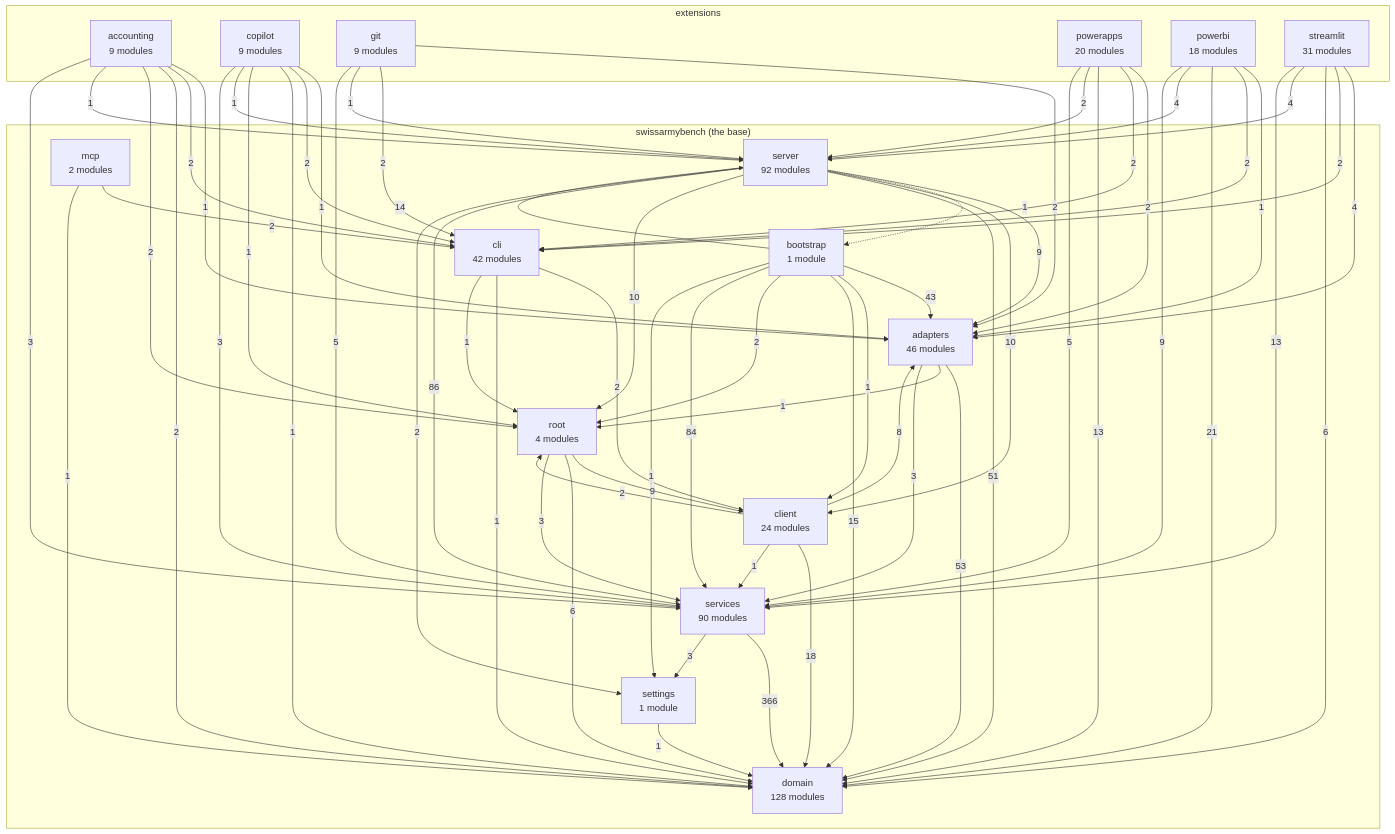
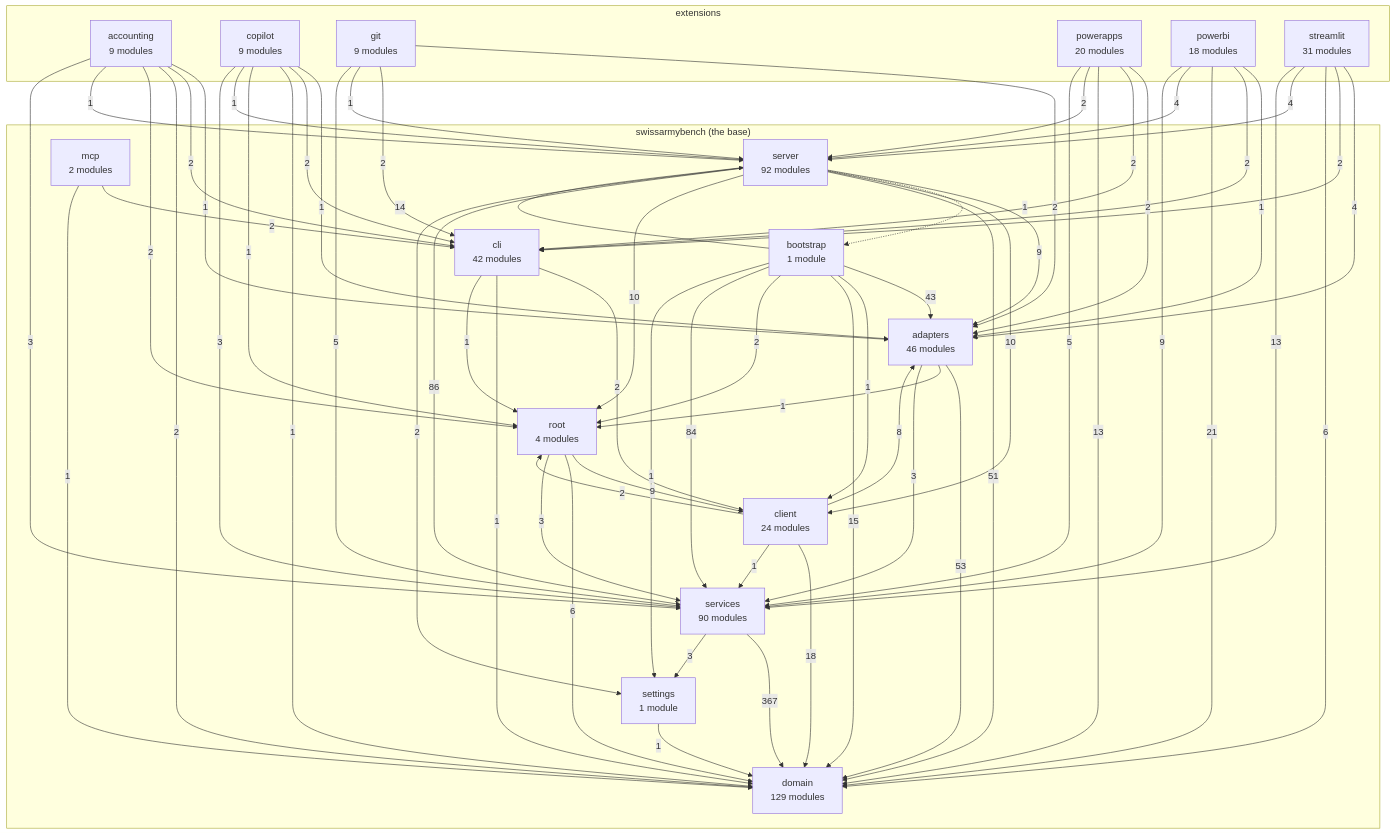
The diagram in docs/architecture-map.md (DylanCodyBrown/SwissArmyBench), drawn with Mermaid before and after one commit. The commit also changed other lines of this file and 14 other files, not shown here.

````diff
--- a/docs/architecture-map.md
+++ b/docs/architecture-map.md
@@ -17,7 +17,7 @@
 ```mermaid
 flowchart TB
     subgraph base["swissarmybench (the base)"]
-        domain["domain<br/>128 modules"]
+        domain["domain<br/>129 modules"]
         settings["settings<br/>1 module"]
         services["services<br/>90 modules"]
         adapters["adapters<br/>46 modules"]
@@ -96,7 +96,7 @@
     server -->|10| root
     server -->|86| services
     server -->|2| settings
-    services -->|366| domain
+    services -->|367| domain
     services -->|3| settings
     settings -->|1| domain
 ```
````
